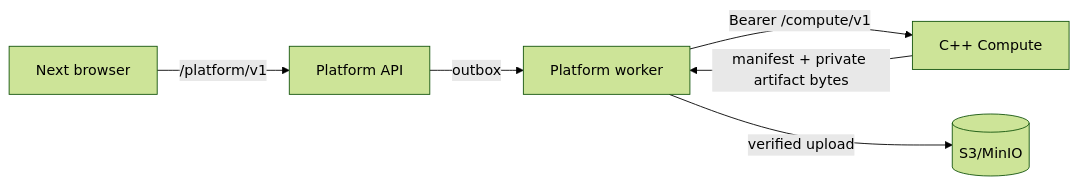
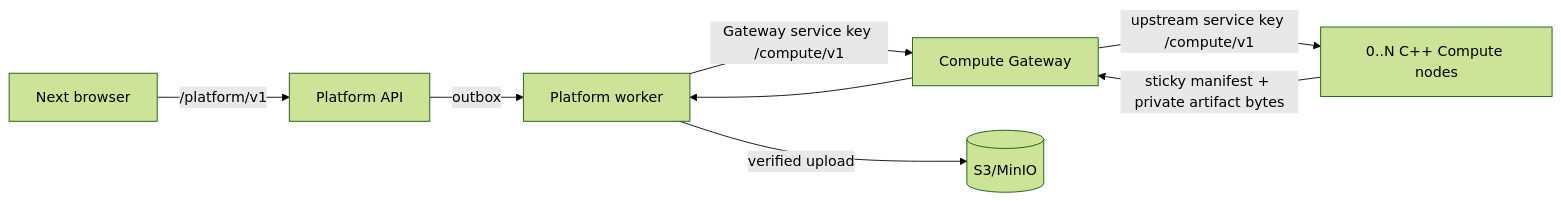
Before and after one commit to frozosea/fractal_studio: the diagram in platform-backend/docs/compute-spec.md, drawn with Mermaid (forest theme). The commit also changed other lines of this file and 54 other files, not shown here.

````diff
--- a/platform-backend/docs/compute-spec.md
+++ b/platform-backend/docs/compute-spec.md
@@ -9,8 +9,10 @@
 ```mermaid
 flowchart LR
   B[Next browser] -->|/platform/v1| P[Platform API]
   P -->|outbox| W[Platform worker]
-  W -->|Bearer /compute/v1| C[C++ Compute]
-  C -->|manifest + private artifact bytes| W
+  W -->|Gateway service key /compute/v1| G[Compute Gateway]
+  G -->|upstream service key /compute/v1| C[0..N C++ Compute nodes]
+  C -->|sticky manifest + private artifact bytes| G
+  G --> W
   W -->|verified upload| S[(S3/MinIO)]
 ```
````
